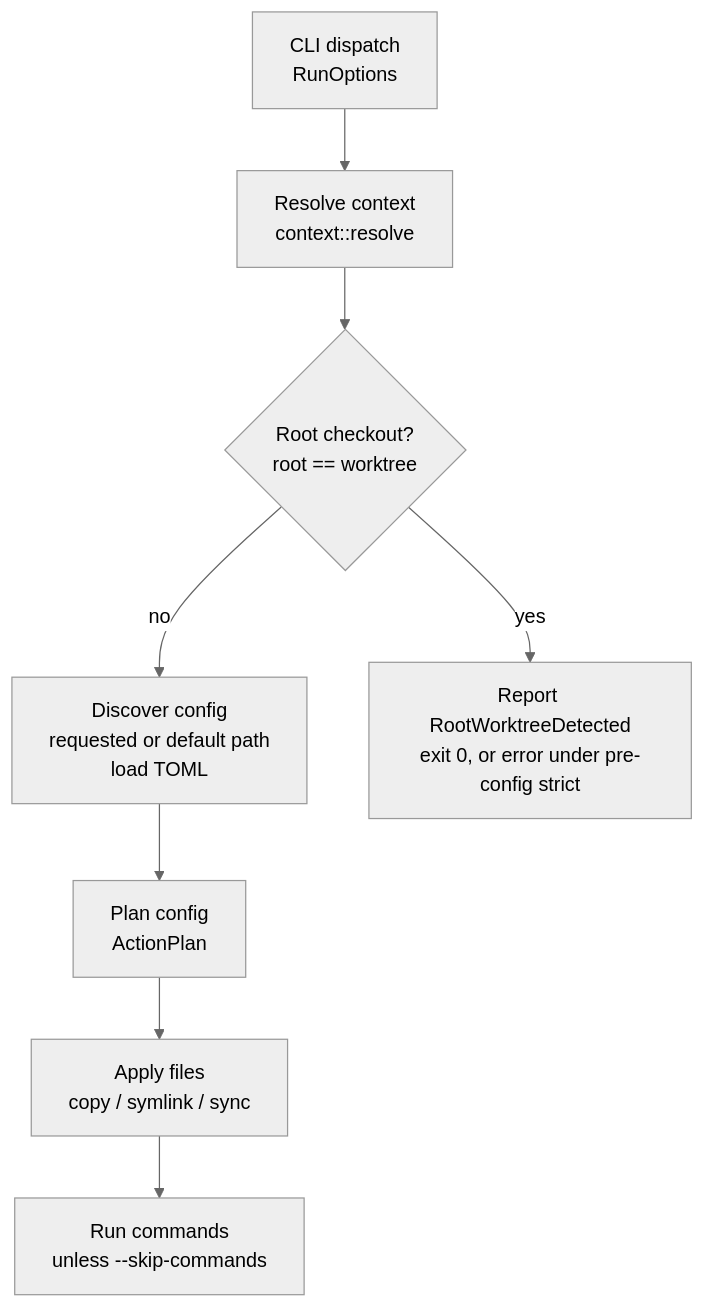
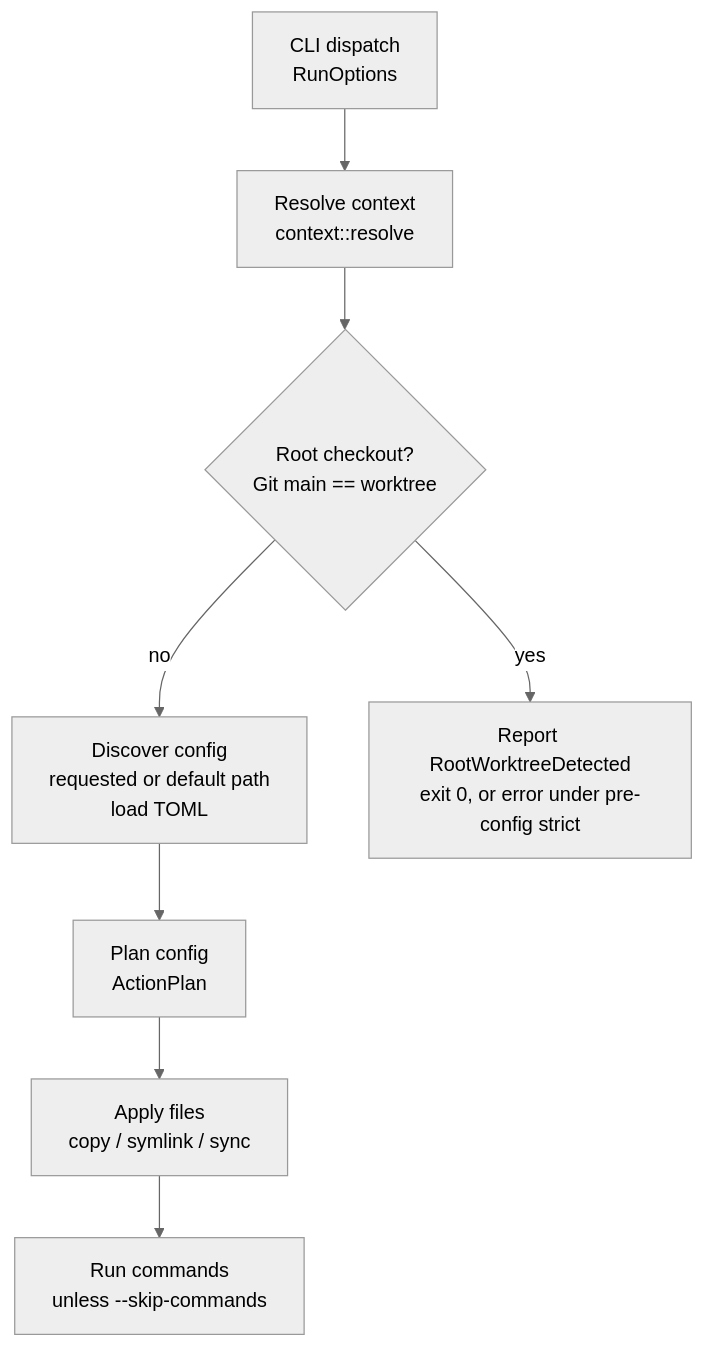
One commit to jimeh/treeboot changed the third of 6 diagrams in docs/ARCHITECTURE.md. Above: the diagram before and after it, drawn with Mermaid (neutral theme). The commit also changed other lines of this file and 40 other files, not shown here.

````diff
--- a/docs/ARCHITECTURE.md
+++ b/docs/ARCHITECTURE.md
@@ -134,10 +146,10 @@
 ```mermaid
 flowchart TD
   CLI["CLI dispatch<br/>RunOptions"] --> CTX["Resolve context<br/>context::resolve"]
-  CTX --> ROOT{"Root checkout?<br/>root == worktree"}
+  CTX --> ROOT{"Root checkout?<br/>Git main == worktree"}
   ROOT -->|no| CONFIG["Discover config<br/>requested or default path<br/>load TOML"]
   ROOT -->|yes| DONE["Report RootWorktreeDetected<br/>exit 0, or error under pre-config strict"]
   CONFIG --> PLAN["Plan config<br/>ActionPlan"]
   PLAN --> FILES["Apply files<br/>copy / symlink / sync"]
   FILES --> CMDS["Run commands<br/>unless --skip-commands"]
 ```
````
